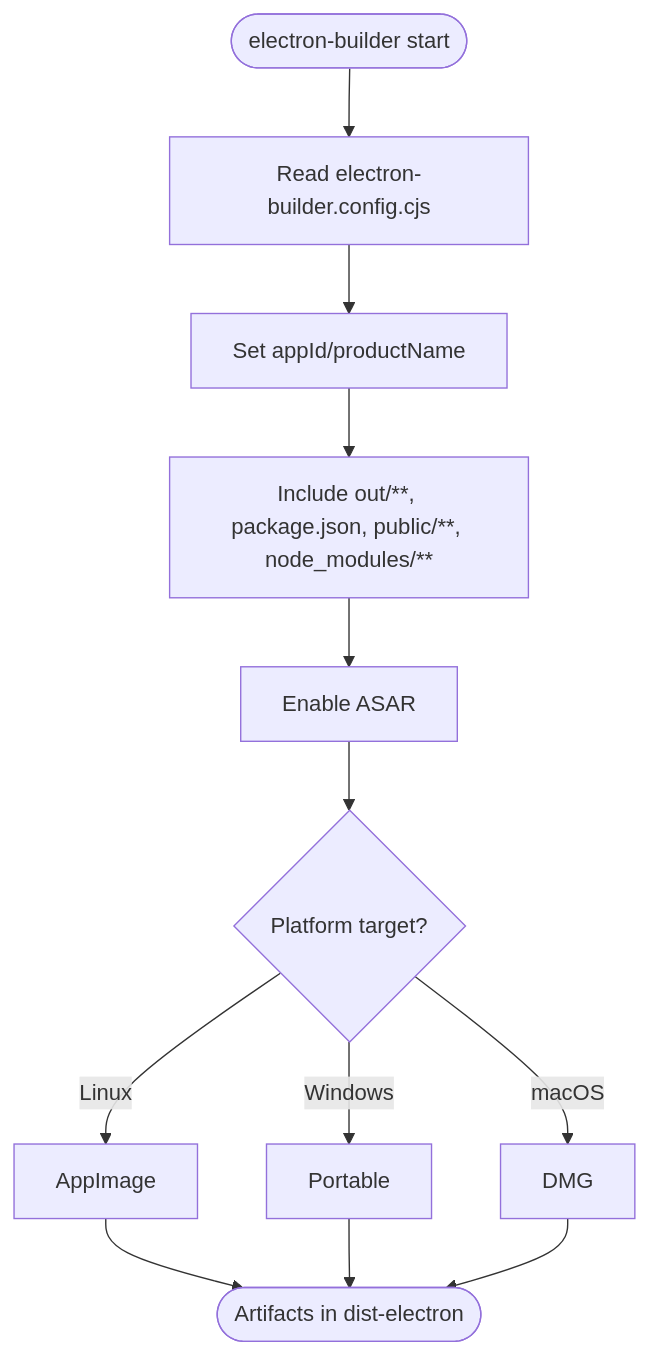
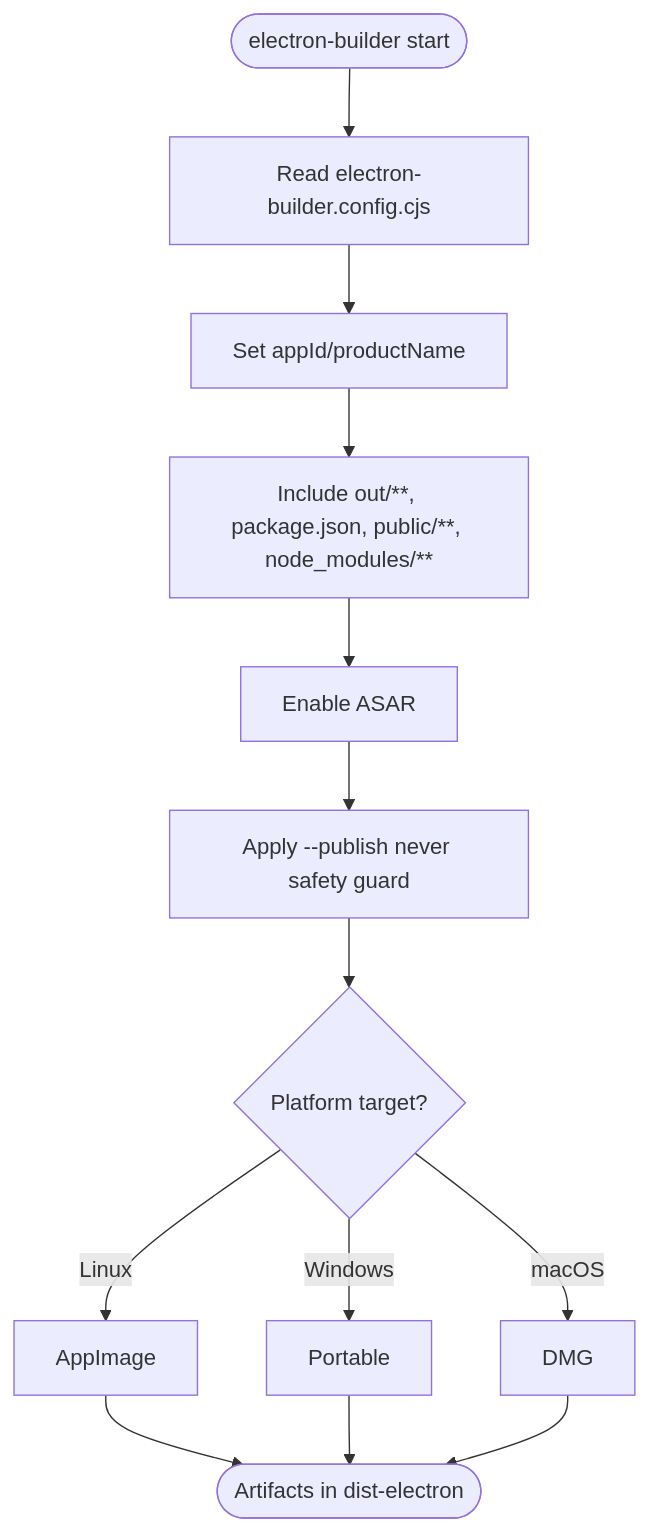
Before and after one commit to satyrlord/mixjam-electron: the sixth of 11 diagrams in .qoder/repowiki/en/content/Development Guidelines/CI_CD Pipeline & Build System.md, drawn with Mermaid. The commit also changed other lines of this file and 51 other files, not shown here.

````diff
--- a/.qoder/repowiki/en/content/Development Guidelines/CI_CD Pipeline & Build System.md
+++ b/.qoder/repowiki/en/content/Development Guidelines/CI_CD Pipeline & Build System.md
@@ -228,14 +277,15 @@
 ```mermaid
 flowchart TD
 PkgStart(["electron-builder start"]) --> ReadCfg["Read electron-builder.config.cjs"]
 ReadCfg --> SetMeta["Set appId/productName"]
 SetMeta --> IncludeFiles["Include out/**, package.json, public/**, node_modules/**"]
 IncludeFiles --> Asar["Enable ASAR"]
-Asar --> Targets{"Platform target?"}
+Asar --> SafetyGuard["Apply --publish never safety guard"]
+SafetyGuard --> Targets{"Platform target?"}
 Targets --> |Linux| AppImage["AppImage"]
 Targets --> |Windows| Portable["Portable"]
 Targets --> |macOS| DMG["DMG"]
 AppImage --> PkgEnd(["Artifacts in dist-electron"])
 Portable --> PkgEnd
 DMG --> PkgEnd
 ```
````
